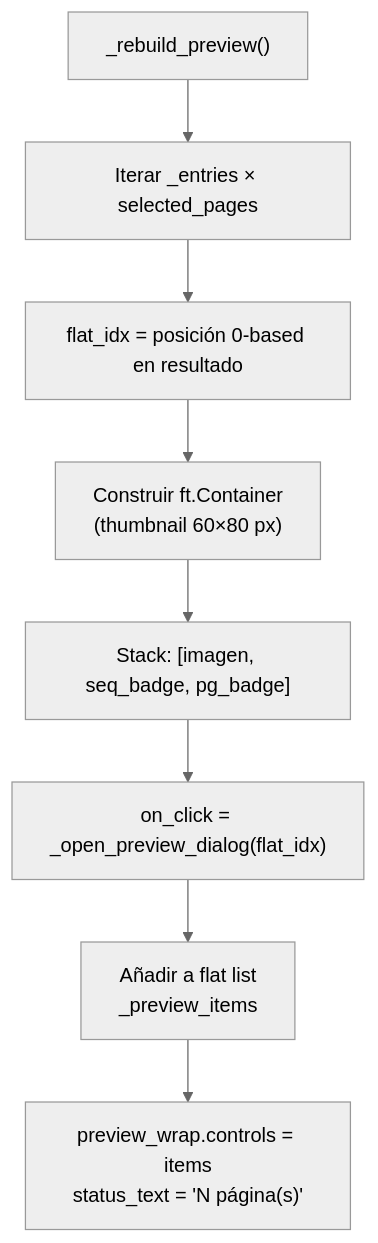
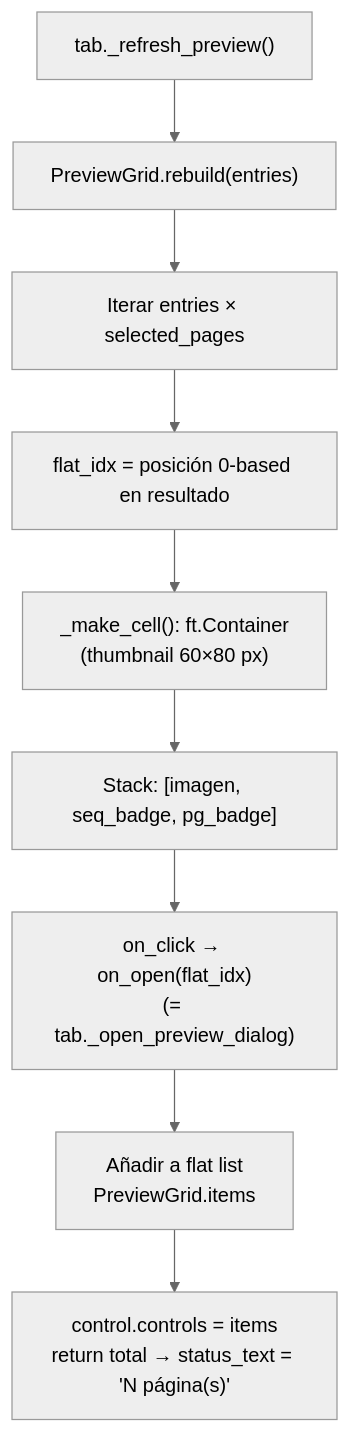
One commit to Mahynlo/pdf_manager changed the sixth of 8 diagrams in docs/combinar-pdf.md. Above: the diagram before and after it, drawn with Mermaid (neutral theme). The commit also changed other lines of this file and 10 other files, not shown here.

````diff
--- a/docs/combinar-pdf.md
+++ b/docs/combinar-pdf.md
@@ -185,10 +319,11 @@
 ```mermaid
 flowchart TD
-    A["_rebuild_preview()"] --> B["Iterar _entries × selected_pages"]
+    A["tab._refresh_preview()"] --> A2["PreviewGrid.rebuild(entries)"]
+    A2 --> B["Iterar entries × selected_pages"]
     B --> C["flat_idx = posición 0-based en resultado"]
-    C --> D["Construir ft.Container\n(thumbnail 60×80 px)"]
+    C --> D["_make_cell(): ft.Container\n(thumbnail 60×80 px)"]
     D --> E["Stack: [imagen, seq_badge, pg_badge]"]
-    E --> F["on_click = _open_preview_dialog(flat_idx)"]
-    F --> G["Añadir a flat list\n_preview_items"]
-    G --> H["preview_wrap.controls = items\nstatus_text = 'N página(s)'"]
+    E --> F["on_click → on_open(flat_idx)\n(= tab._open_preview_dialog)"]
+    F --> G["Añadir a flat list\nPreviewGrid.items"]
+    G --> H["control.controls = items\nreturn total → status_text = 'N página(s)'"]
 ```
````
